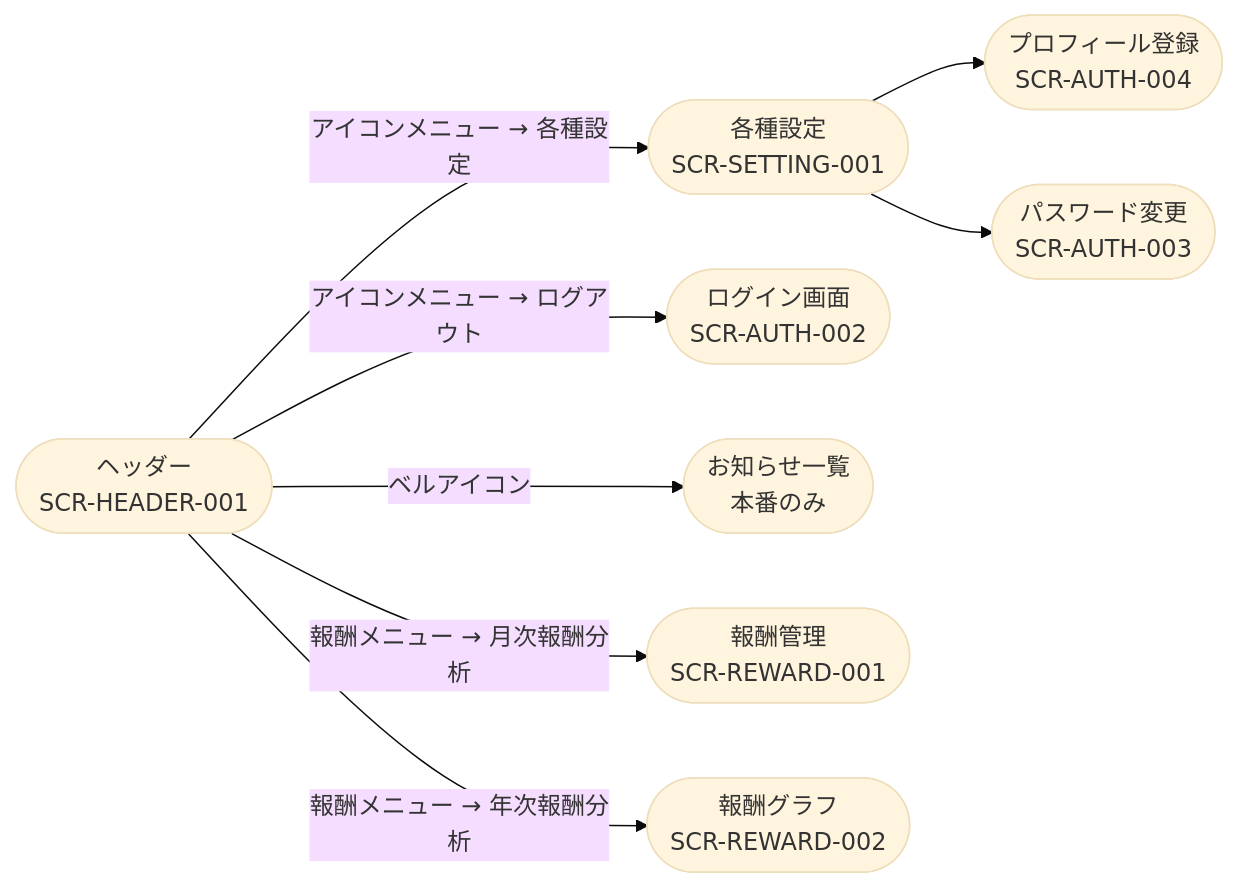
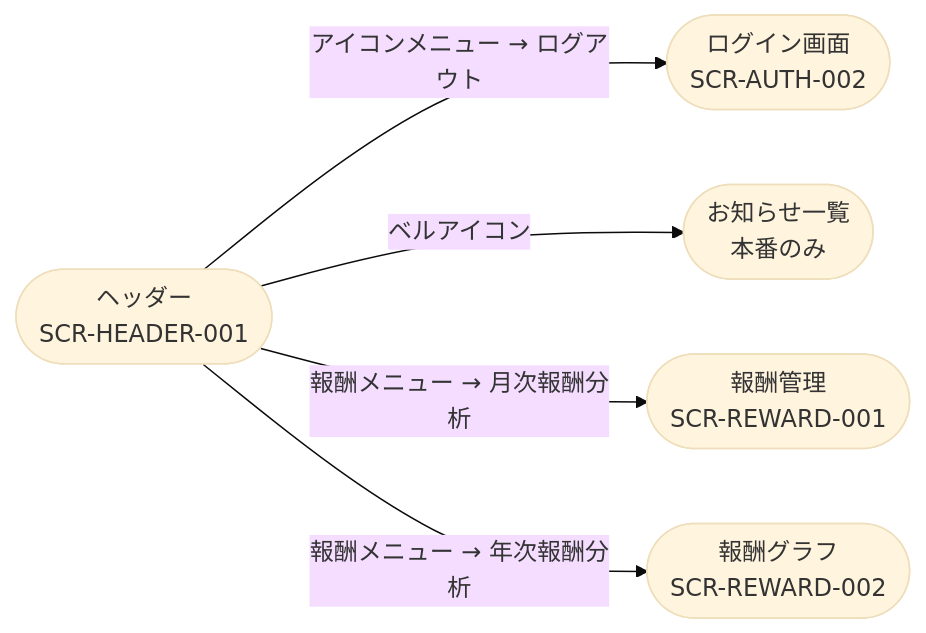
One commit to Masahiro335/fambiz-prototype changed the seventh of 9 diagrams in docs/design/diagrams/screen-transition.md. Above: the diagram before and after it, drawn with Mermaid (base theme). The commit also changed other lines of this file and 2 other files, not shown here.

````diff
--- a/docs/design/diagrams/screen-transition.md
+++ b/docs/design/diagrams/screen-transition.md
@@ -123,12 +124,9 @@
 ```mermaid
 flowchart LR
+    %% 各種設定（SCR-SETTING-001）は未実装。プロフィール編集・パスワード変更は本番のみ対応予定
     H([ヘッダー\nSCR-HEADER-001])
-    H -->|アイコンメニュー → 各種設定| S([各種設定\nSCR-SETTING-001])
     H -->|アイコンメニュー → ログアウト| LG([ログイン画面\nSCR-AUTH-002])
     H -->|ベルアイコン| N([お知らせ一覧\n本番のみ])
     H -->|報酬メニュー → 月次報酬分析| R1([報酬管理\nSCR-REWARD-001])
     H -->|報酬メニュー → 年次報酬分析| R2([報酬グラフ\nSCR-REWARD-002])
-
-    S --> SP([プロフィール登録\nSCR-AUTH-004])
-    S --> PW([パスワード変更\nSCR-AUTH-003])
 ```
````
